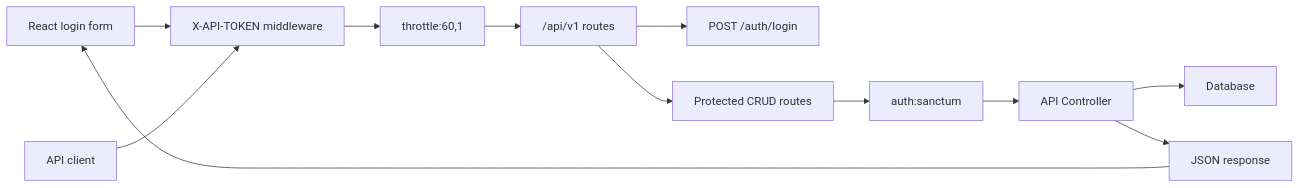
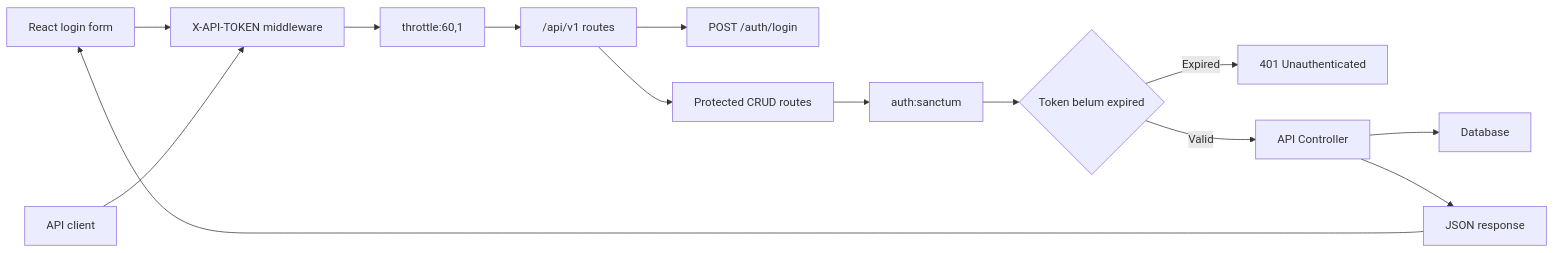
The diagram in bahasa-malaysia/training/day-3-api-security.md (habibtalib/laravel-api-tutorial), drawn with Mermaid before and after one commit. The commit also changed other lines of this file and 6 other files, not shown here.

````diff
--- a/bahasa-malaysia/training/day-3-api-security.md
+++ b/bahasa-malaysia/training/day-3-api-security.md
@@ -65,14 +66,16 @@
 ```mermaid
 flowchart LR
     React["React login form"] --> FrontendToken["X-API-TOKEN middleware"]
     Client["API client"] --> FrontendToken
     FrontendToken --> Throttle["throttle:60,1"]
     Throttle --> RouteGroup["/api/v1 routes"]
     RouteGroup --> Login["POST /auth/login"]
     RouteGroup --> ProtectedCrud["Protected CRUD routes"]
     ProtectedCrud --> Sanctum["auth:sanctum"]
-    Sanctum --> Controller["API Controller"]
+    Sanctum --> Expiry{"Token belum expired"}
+    Expiry -- "Expired" --> Expired["401 Unauthenticated"]
+    Expiry -- "Valid" --> Controller["API Controller"]
     Controller --> DB["Database"]
     Controller --> JSON["JSON response"]
     JSON --> React
 ```
````
